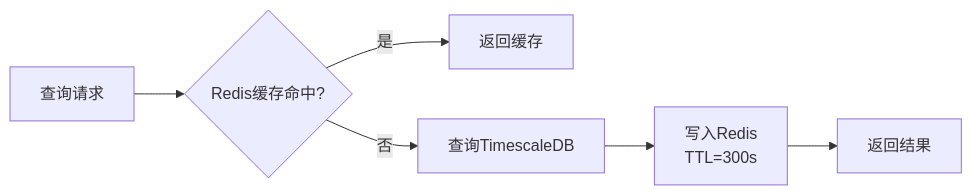
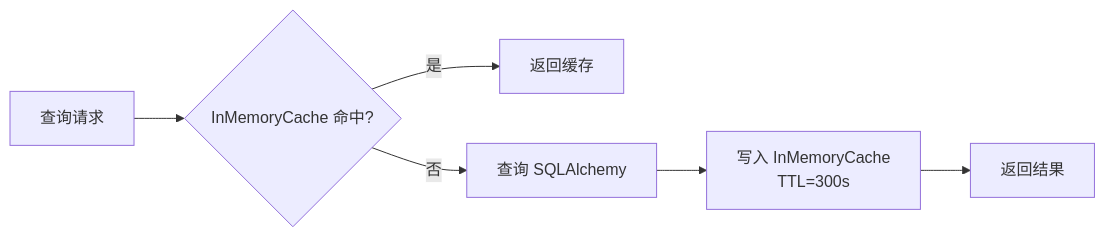
One commit to RESBI/StockStatistic changed the eighth of 23 diagrams in DESIGN_CN.md. Above: the diagram before and after it, drawn with Mermaid. The commit also changed other lines of this file and 12 other files, not shown here.

````diff
--- a/DESIGN_CN.md
+++ b/DESIGN_CN.md
@@ -521,8 +431,8 @@
 ```mermaid
 graph LR
-    REQ[查询请求] --> CHK{Redis缓存命中?}
+    REQ[查询请求] --> CHK{InMemoryCache 命中?}
     CHK -->|是| RET1[返回缓存]
-    CHK -->|否| DB[查询TimescaleDB]
-    DB --> SET[写入Redis<br/>TTL=300s]
+    CHK -->|否| DB[查询 SQLAlchemy]
+    DB --> SET[写入 InMemoryCache<br/>TTL=300s]
     SET --> RET2[返回结果]
 ```
````
